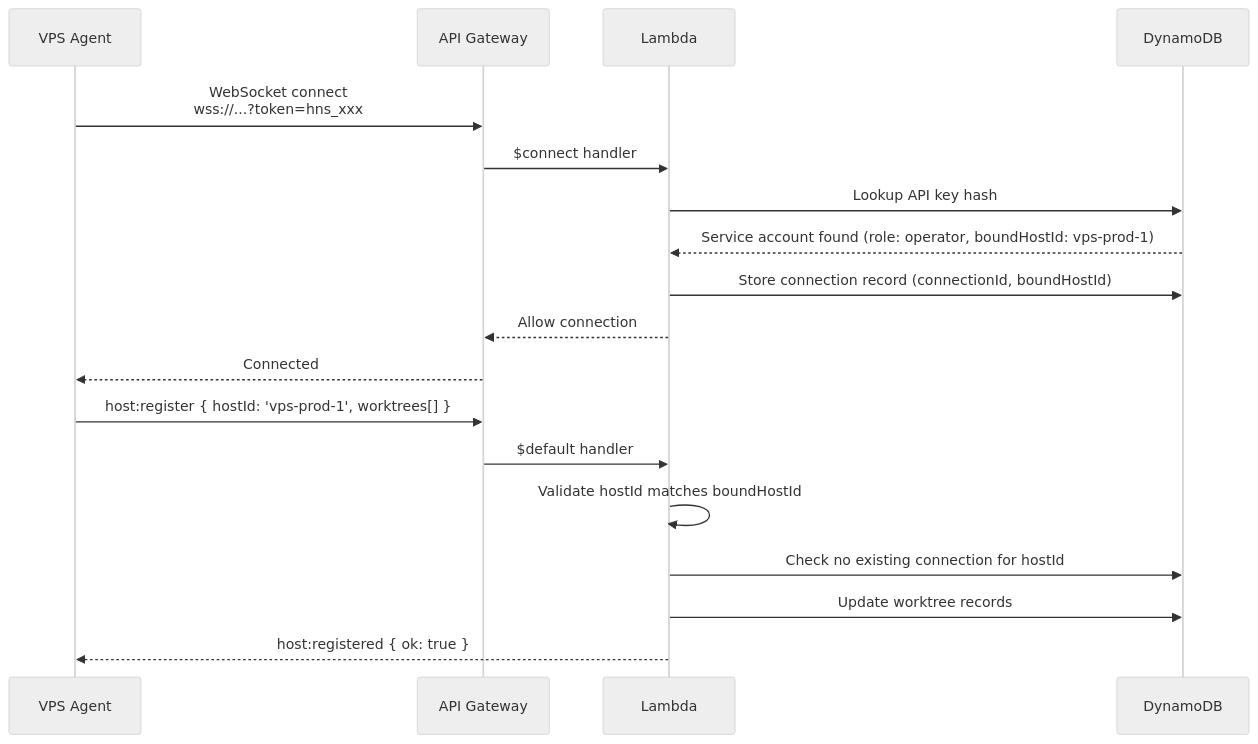
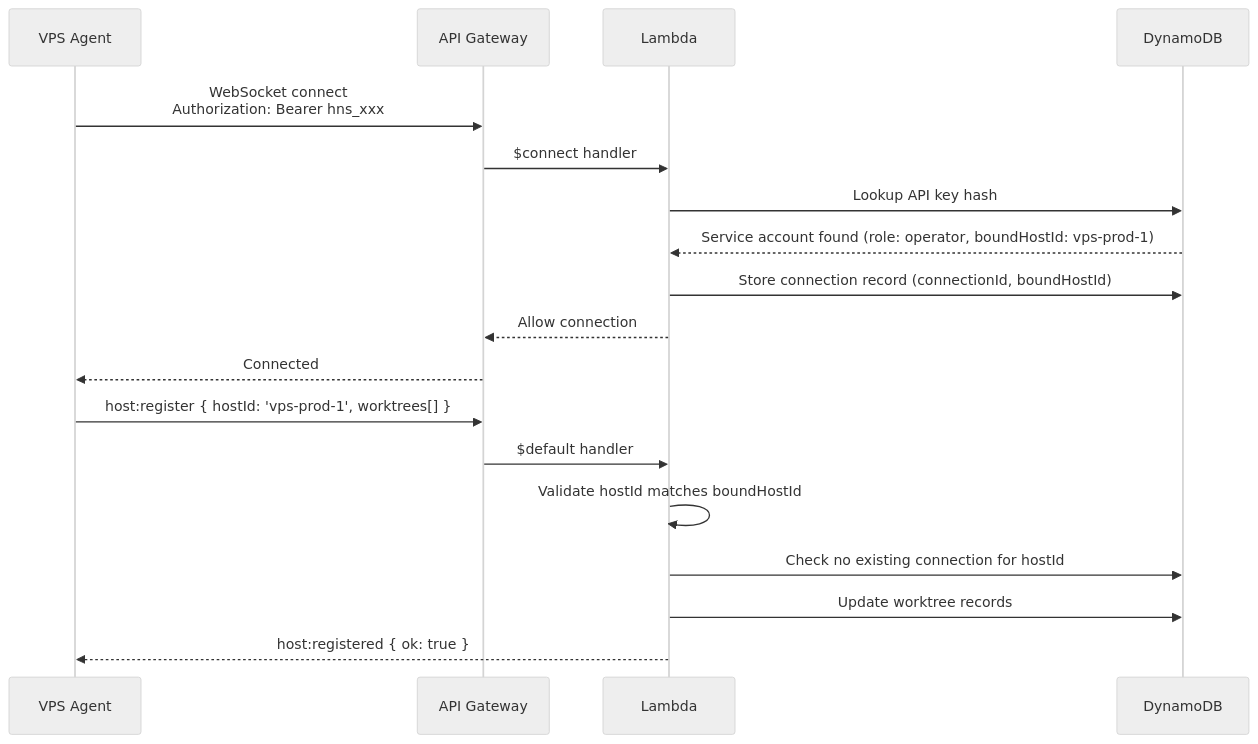
The second of 2 diagrams in docs/auth.md (jonathanong/auto-harness), drawn with Mermaid (neutral theme) before and after one commit. The commit also changed other lines of this file and 4 other files, not shown here.

````diff
--- a/docs/auth.md
+++ b/docs/auth.md
@@ -203,21 +203,21 @@
 ```mermaid
 sequenceDiagram
     participant Agent as VPS Agent
     participant APIGW as API Gateway
     participant Lambda
     participant DDB as DynamoDB
 
-    Agent->>APIGW: WebSocket connect<br/>wss://...?token=hns_xxx
+    Agent->>APIGW: WebSocket connect<br/>Authorization: Bearer hns_xxx
     APIGW->>Lambda: $connect handler
     Lambda->>DDB: Lookup API key hash
     DDB-->>Lambda: Service account found (role: operator, boundHostId: vps-prod-1)
     Lambda->>DDB: Store connection record (connectionId, boundHostId)
     Lambda-->>APIGW: Allow connection
     APIGW-->>Agent: Connected
     Agent->>APIGW: host:register { hostId: 'vps-prod-1', worktrees[] }
     APIGW->>Lambda: $default handler
     Lambda->>Lambda: Validate hostId matches boundHostId
     Lambda->>DDB: Check no existing connection for hostId
     Lambda->>DDB: Update worktree records
     Lambda-->>Agent: host:registered { ok: true }
 ```
````
